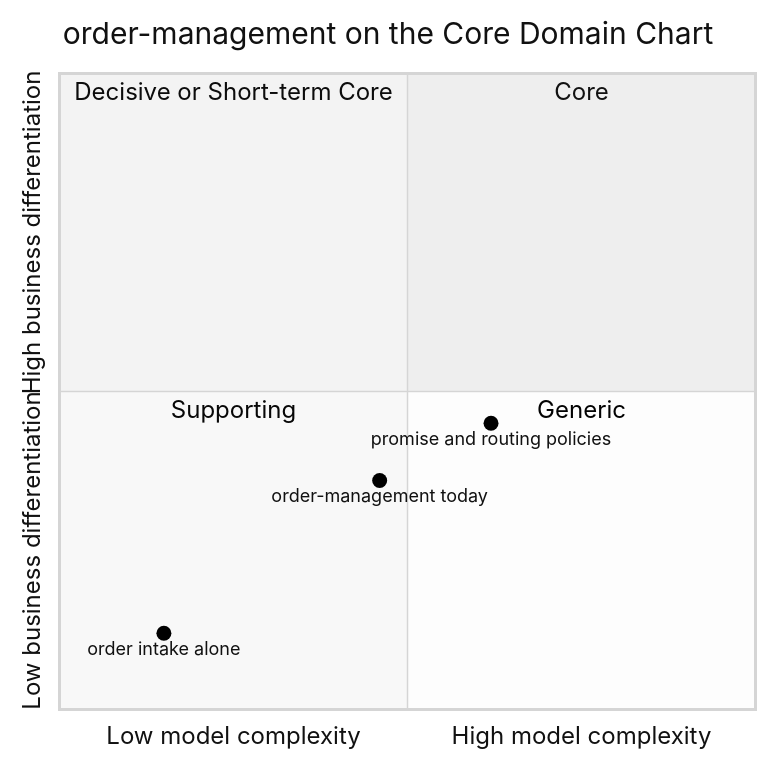
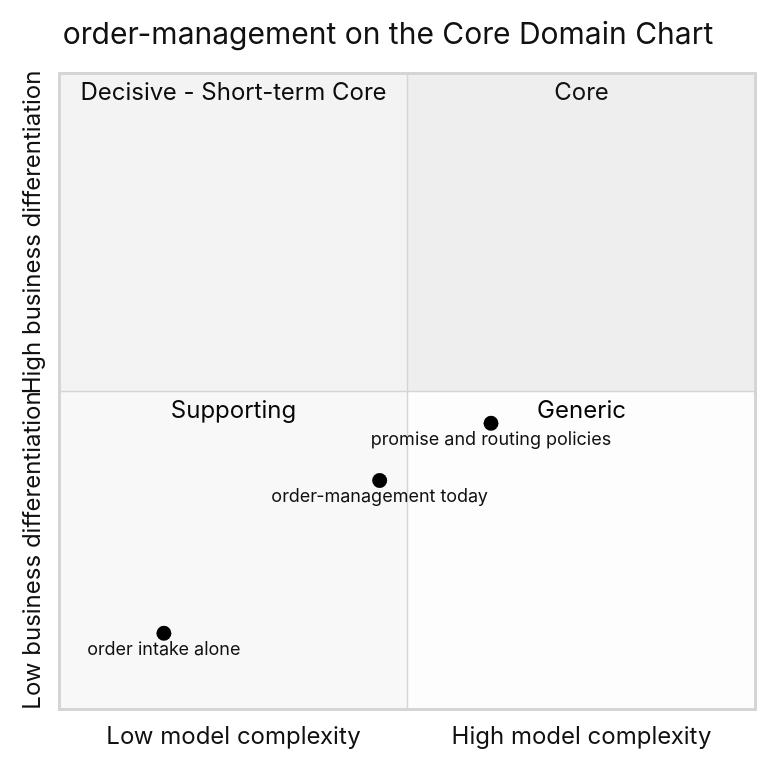
One commit to IQVO/order-management changed the diagram in docs/docs/ddd/core-domain-chart.md. Above: the diagram before and after it, drawn with Mermaid (neutral theme). The commit also changed 1 other file, not shown here.

Commit message:
docs(context-map): align neighbour subdomain classifications (#152)
Neighbour labels on the context map must match each context's own
subdomain-classification page: order-management is Generic/Supporting,
warehouse-planning is Core, process-path-management is Generic.
Also uses the fleet-standard quadrant label on the core domain chart.

````diff
--- a/docs/docs/ddd/core-domain-chart.md
+++ b/docs/docs/ddd/core-domain-chart.md
@@ -16,13 +16,13 @@
 ```mermaid
 quadrantChart
   title order-management on the Core Domain Chart
   x-axis Low model complexity --> High model complexity
   y-axis Low business differentiation --> High business differentiation
   quadrant-1 Core
-  quadrant-2 Decisive or Short-term Core
+  quadrant-2 Decisive - Short-term Core
   quadrant-3 Supporting
   quadrant-4 Generic
   order-management today: [0.46, 0.36]
   order intake alone: [0.15, 0.12]
   promise and routing policies: [0.62, 0.45]
 ```
````
